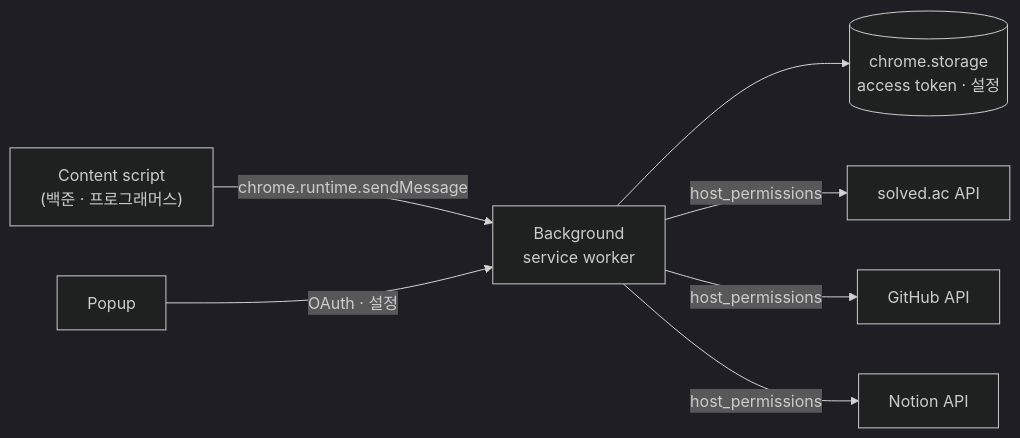
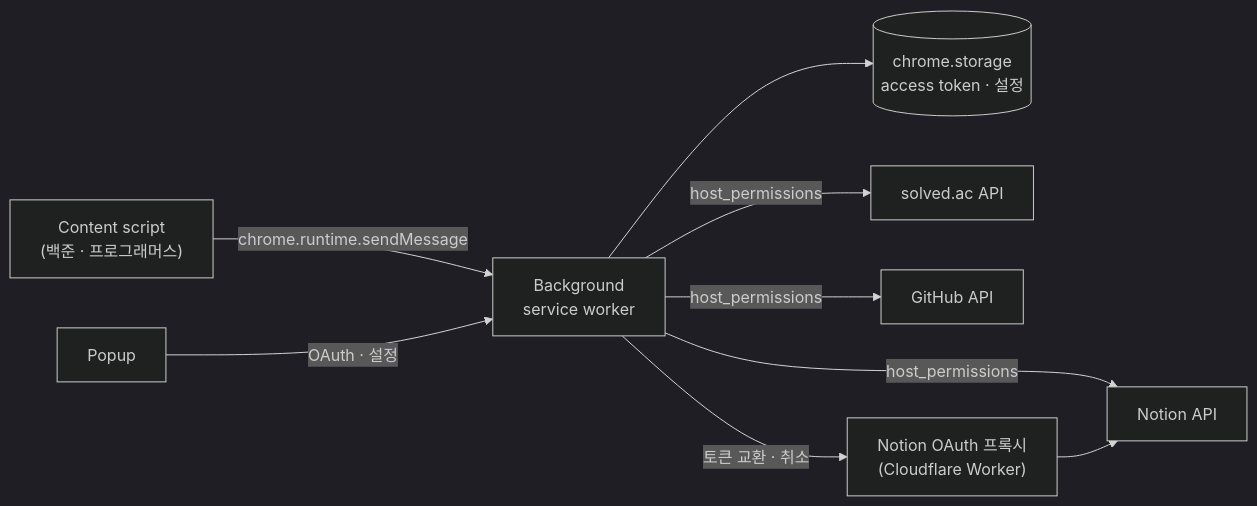
The diagram in README.ko.md (Seojeonguk/sourceCodeUploader), drawn with Mermaid (dark theme) before and after one commit. The commit also changed other lines of this file and 28 other files, not shown here.

````diff
--- a/README.ko.md
+++ b/README.ko.md
@@ -48,9 +49,11 @@
 ```mermaid
 flowchart LR
     CS["Content script<br/>(백준 · 프로그래머스)"] -->|chrome.runtime.sendMessage| BG["Background<br/>service worker"]
     POP["Popup"] -->|OAuth · 설정| BG
     BG --> ST[("chrome.storage<br/>access token · 설정")]
     BG -->|host_permissions| SA["solved.ac API"]
     BG -->|host_permissions| GH["GitHub API"]
     BG -->|host_permissions| NO["Notion API"]
+    BG -->|토큰 교환 · 취소| PX["Notion OAuth 프록시<br/>(Cloudflare Worker)"]
+    PX --> NO
 ```
````
